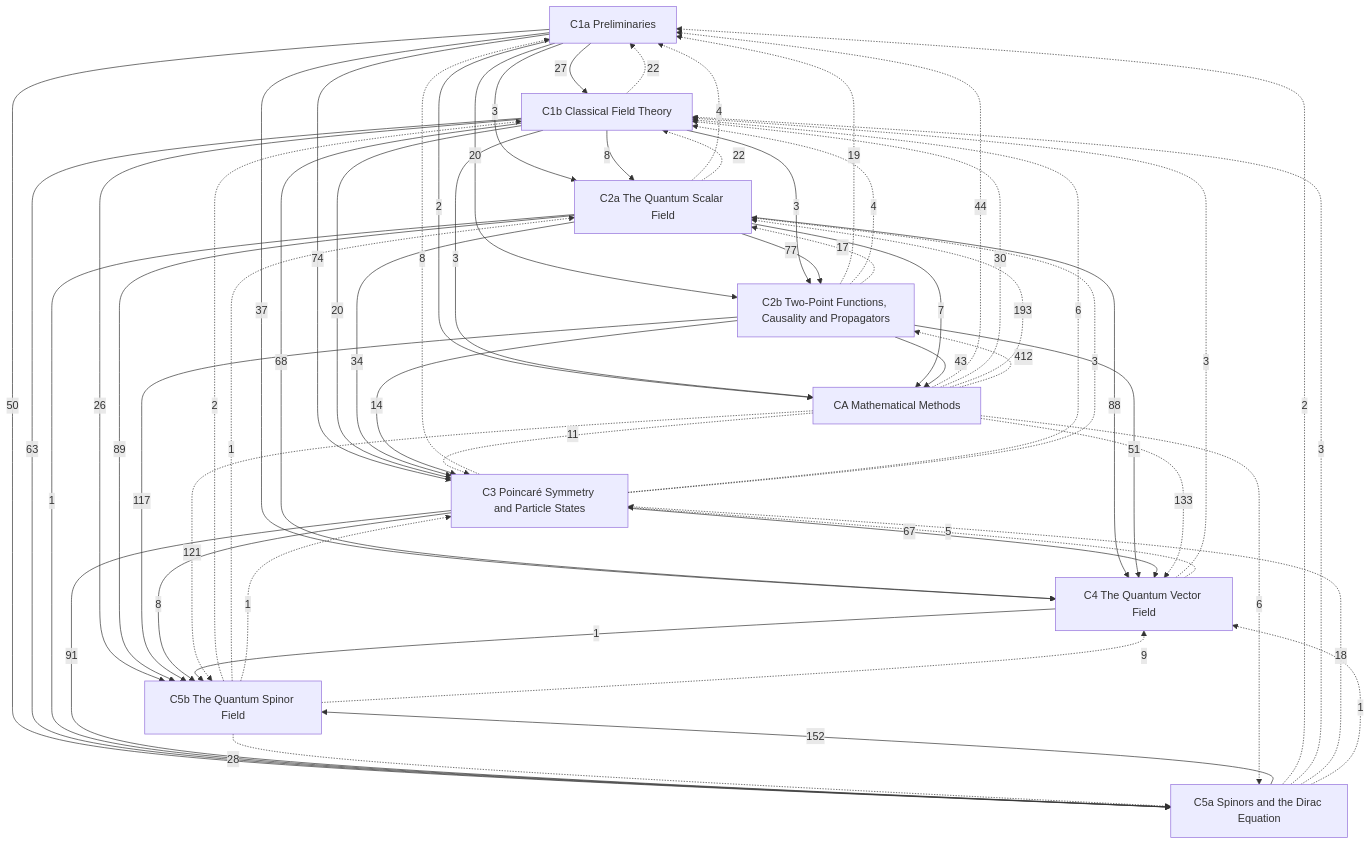
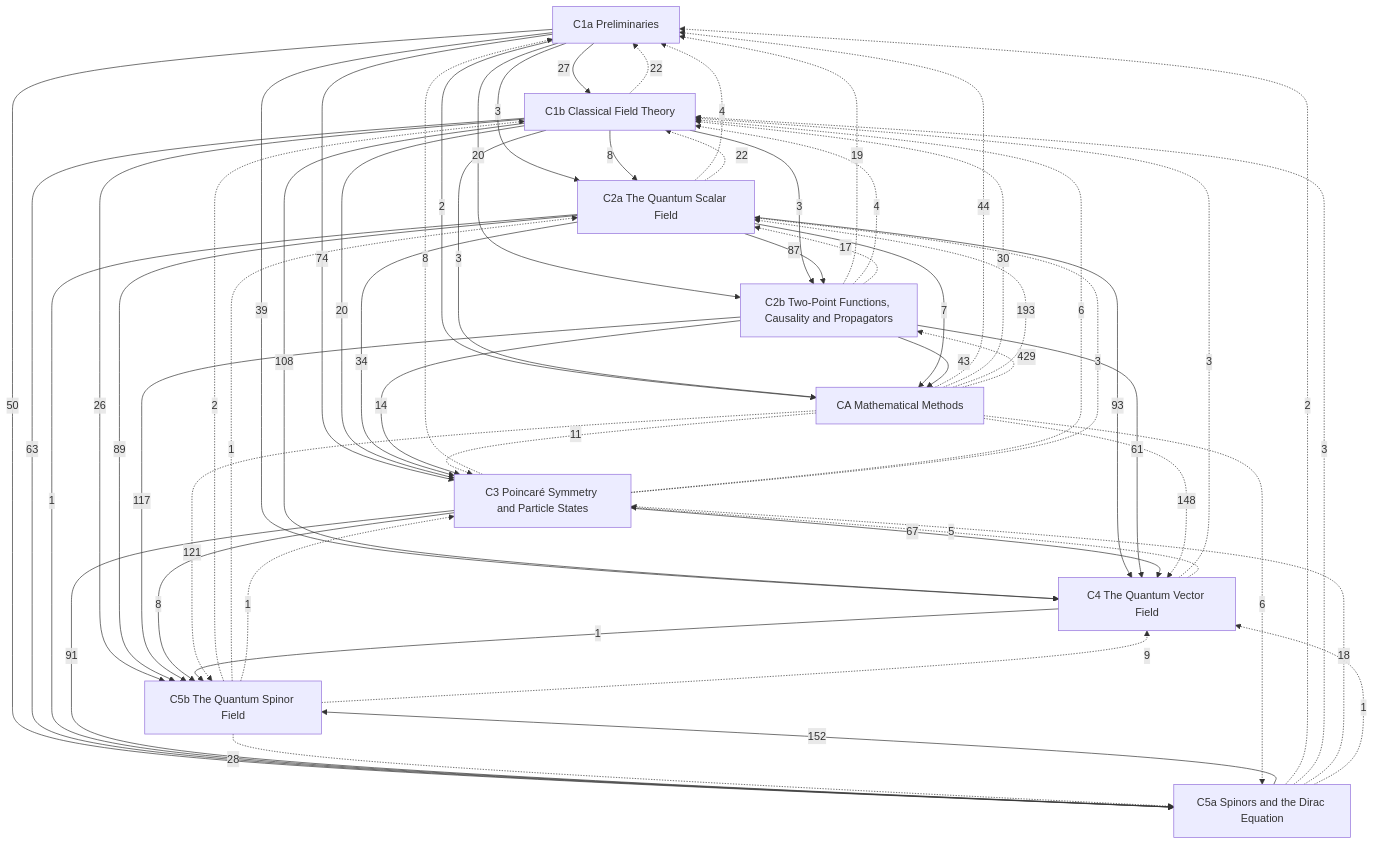
One commit to Onion20040508/notes changed the diagram in Physics/Quantum Field Theory/Quantum Field Theory.md. Above: the diagram before and after it, drawn with Mermaid. The commit also changed other lines of this file and 50 other files, not shown here.

````diff
--- a/Physics/Quantum Field Theory/Quantum Field Theory.md
+++ b/Physics/Quantum Field Theory/Quantum Field Theory.md
@@ -28,69 +28,69 @@
 ```mermaid
 graph TD
   C1a["C1a Preliminaries"]
   C1b["C1b Classical Field Theory"]
   C2a["C2a The Quantum Scalar Field"]
   C2b["C2b Two-Point Functions, Causality and Propagators"]
   C3["C3 Poincaré Symmetry and Particle States"]
   C4["C4 The Quantum Vector Field"]
   C5a["C5a Spinors and the Dirac Equation"]
   C5b["C5b The Quantum Spinor Field"]
   CA["CA Mathematical Methods"]
   C1a -->|27| C1b
   C1a -->|3| C2a
   C1b -->|8| C2a
   C1a -->|20| C2b
   C1b -->|3| C2b
-  C2a -->|77| C2b
+  C2a -->|87| C2b
   C1a -->|74| C3
   C1b -->|20| C3
   C2a -->|34| C3
   C2b -->|14| C3
-  C1a -->|37| C4
-  C1b -->|68| C4
-  C2a -->|88| C4
-  C2b -->|51| C4
+  C1a -->|39| C4
+  C1b -->|108| C4
+  C2a -->|93| C4
+  C2b -->|61| C4
   C3 -->|67| C4
   C1a -->|50| C5a
   C1b -->|63| C5a
   C2a -->|1| C5a
   C3 -->|91| C5a
   C1b -->|26| C5b
   C2a -->|89| C5b
   C2b -->|117| C5b
   C3 -->|8| C5b
   C4 -->|1| C5b
   C5a -->|152| C5b
   C1a -->|2| CA
   C1b -->|3| CA
   C2a -->|7| CA
   C2b -->|43| CA
   C1b -.->|22| C1a
   C2a -.->|4| C1a
   C2b -.->|19| C1a
   C3 -.->|8| C1a
   C5a -.->|2| C1a
   CA -.->|44| C1a
   C2a -.->|22| C1b
   C2b -.->|4| C1b
   C3 -.->|6| C1b
   C4 -.->|3| C1b
   C5a -.->|3| C1b
   C5b -.->|2| C1b
   CA -.->|30| C1b
   C2b -.->|17| C2a
   C3 -.->|3| C2a
   C5b -.->|1| C2a
   CA -.->|193| C2a
-  CA -.->|412| C2b
+  CA -.->|429| C2b
   C4 -.->|5| C3
   C5a -.->|18| C3
   C5b -.->|1| C3
   CA -.->|11| C3
   C5a -.->|1| C4
   C5b -.->|9| C4
-  CA -.->|133| C4
+  CA -.->|148| C4
   C5b -.->|28| C5a
   CA -.->|6| C5a
   CA -.->|121| C5b
 ```
````
